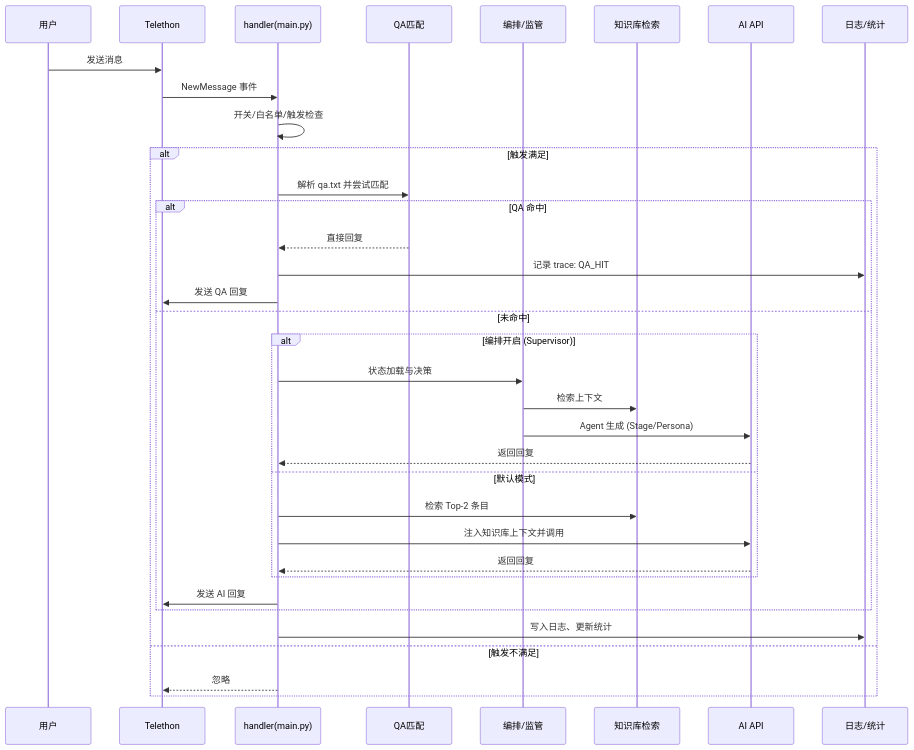
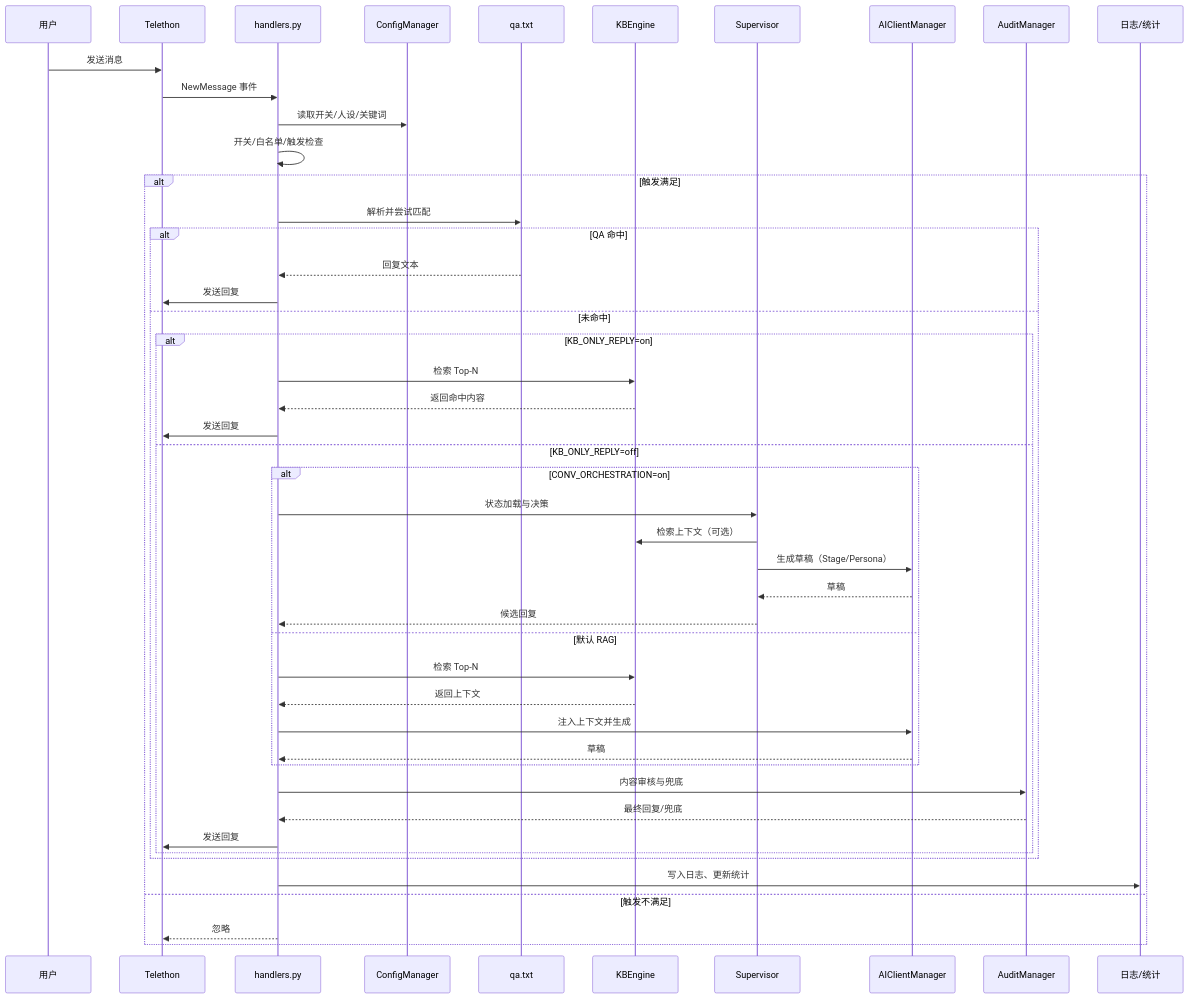
The second of 9 diagrams in releases/v2.5.0/docs/System-Architecture.md (hverlott/AI----agent), drawn with Mermaid before and after one commit. The commit also changed other lines of this file and 25 other files, not shown here.

````diff
--- a/releases/v2.5.0/docs/System-Architecture.md
+++ b/releases/v2.5.0/docs/System-Architecture.md
@@ -22,39 +22,51 @@
 ```mermaid
 sequenceDiagram
     participant U as 用户
     participant TG as Telethon
-    participant H as handler(main.py)
-    participant QA as QA匹配
-    participant Orch as 编排/监管
-    participant KB as 知识库检索
-    participant AI as AI API
+    participant H as handlers.py
+    participant CFG as ConfigManager
+    participant QA as qa.txt
+    participant KB as KBEngine
+    participant Sup as Supervisor
+    participant AI as AIClientManager
+    participant Aud as AuditManager
     participant L as 日志/统计
     
     U->>TG: 发送消息
     TG->>H: NewMessage 事件
+    H->>CFG: 读取开关/人设/关键词
     H->>H: 开关/白名单/触发检查
     
     alt 触发满足
-        H->>QA: 解析 qa.txt 并尝试匹配
+        H->>QA: 解析并尝试匹配
         alt QA 命中
-            QA-->>H: 直接回复
-            H->>L: 记录 trace: QA_HIT
-            H->>TG: 发送 QA 回复
+            QA-->>H: 回复文本
+            H->>TG: 发送回复
         else 未命中
-            alt 编排开启 (Supervisor)
-                H->>Orch: 状态加载与决策
-                Orch->>KB: 检索上下文
-                Orch->>AI: Agent 生成 (Stage/Persona)
-                AI-->>H: 返回回复
-            else 默认模式
-                H->>KB: 检索 Top-2 条目
-                H->>AI: 注入知识库上下文并调用
-                AI-->>H: 返回回复
+            alt KB_ONLY_REPLY=on
+                H->>KB: 检索 Top-N
+                KB-->>H: 返回命中内容
+                H->>TG: 发送回复
+            else KB_ONLY_REPLY=off
+                alt CONV_ORCHESTRATION=on
+                    H->>Sup: 状态加载与决策
+                    Sup->>KB: 检索上下文（可选）
+                    Sup->>AI: 生成草稿（Stage/Persona）
+                    AI-->>Sup: 草稿
+                    Sup-->>H: 候选回复
+                else 默认 RAG
+                    H->>KB: 检索 Top-N
+                    KB-->>H: 返回上下文
+                    H->>AI: 注入上下文并生成
+                    AI-->>H: 草稿
+                end
+                H->>Aud: 内容审核与兜底
+                Aud-->>H: 最终回复/兜底
+                H->>TG: 发送回复
             end
-            H->>TG: 发送 AI 回复
         end
         H->>L: 写入日志、更新统计
     else 触发不满足
         H-->>TG: 忽略
     end
 ```
````
